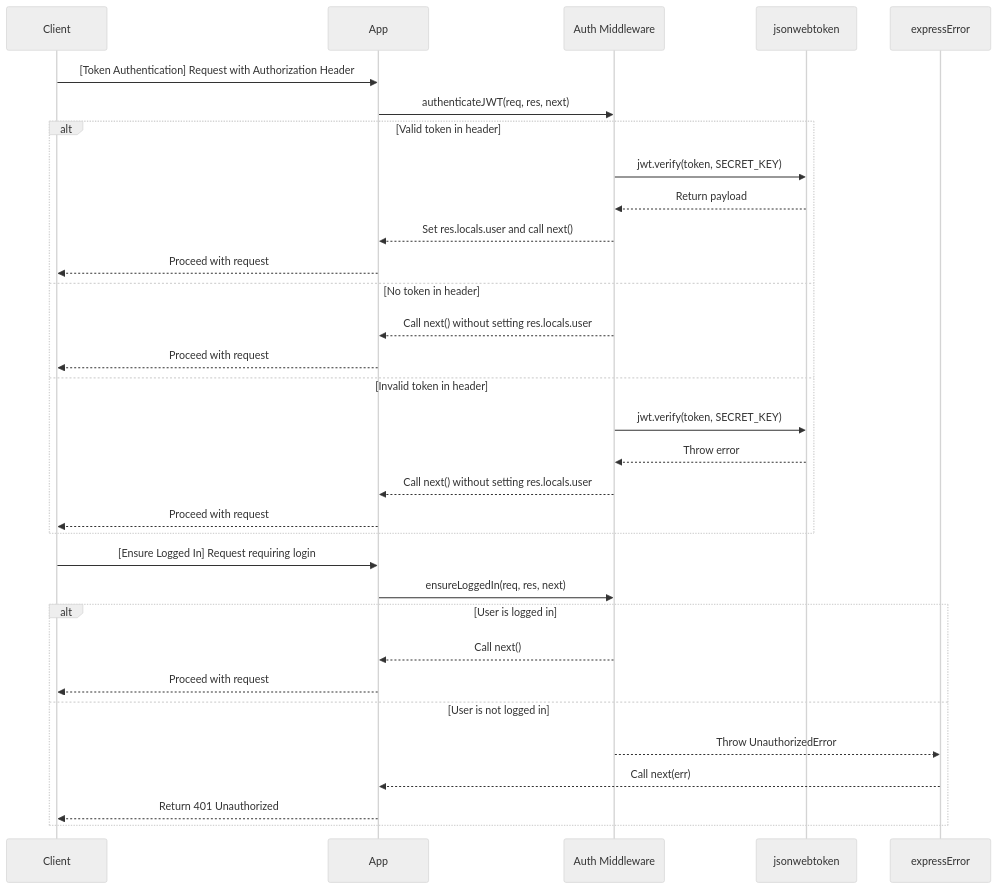
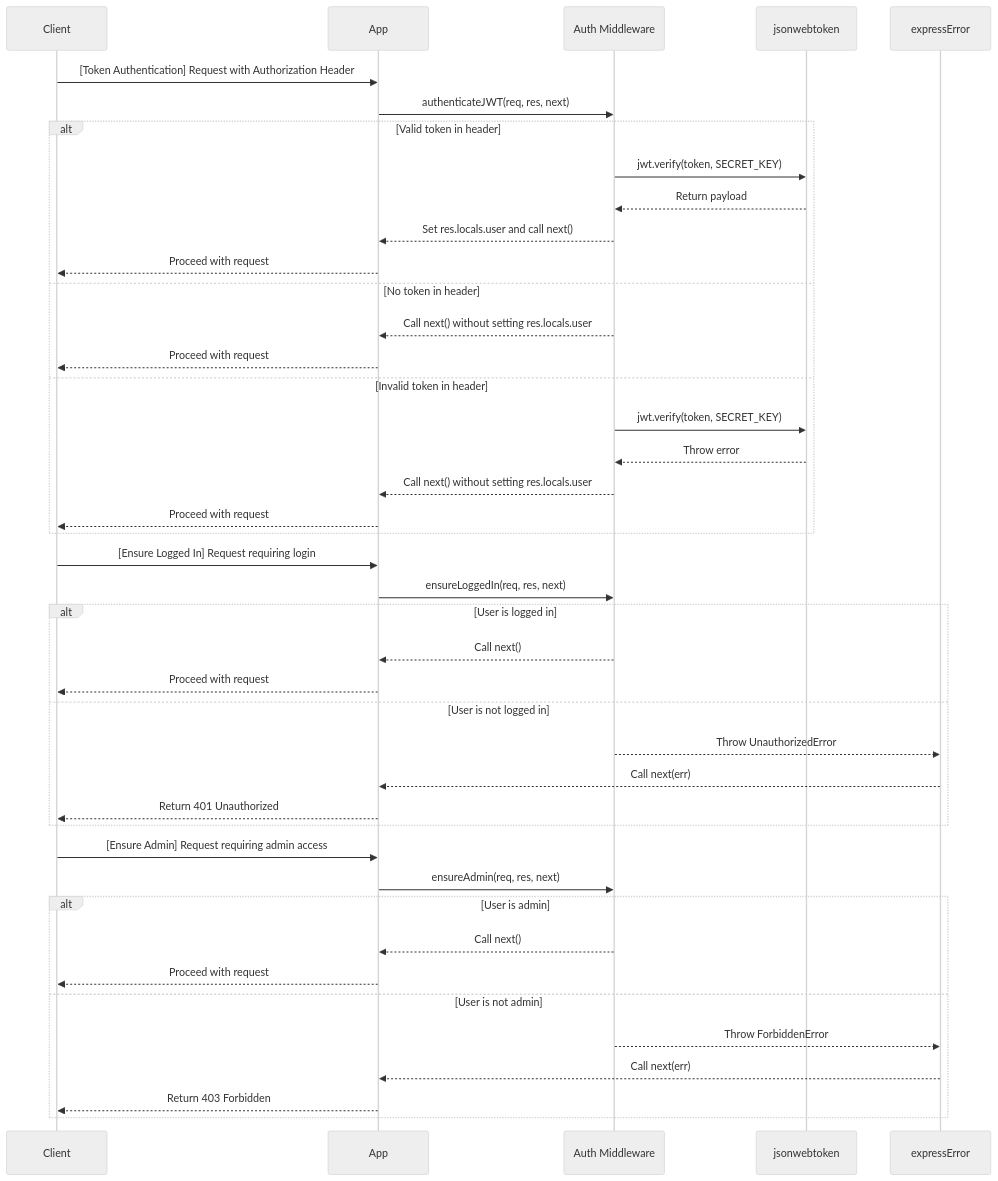
The second of 2 diagrams in middleware/README.MD (ahauser16/jobly-server), drawn with Mermaid (neutral theme) before and after one commit. The commit also changed other lines of this file and 7 other files, not shown here.

Commit message:
add ensureAdmin function to middleware functions and implement it in the appropriate routes.  next time start with creating the ensureCorrectUserOrAdmin function

````diff
--- a/middleware/README.MD
+++ b/middleware/README.MD
@@ -219,36 +282,47 @@
 ```mermaid
 sequenceDiagram
     participant Client
     participant App
     participant Auth as Auth Middleware
     participant JWT as jsonwebtoken
     participant Error as expressError
 
     Client->>App: [Token Authentication] Request with Authorization Header
     App->>Auth: authenticateJWT(req, res, next)
     alt Valid token in header
         Auth->>JWT: jwt.verify(token, SECRET_KEY)
         JWT-->>Auth: Return payload
         Auth-->>App: Set res.locals.user and call next()
         App-->>Client: Proceed with request
     else No token in header
         Auth-->>App: Call next() without setting res.locals.user
         App-->>Client: Proceed with request
     else Invalid token in header
         Auth->>JWT: jwt.verify(token, SECRET_KEY)
         JWT-->>Auth: Throw error
         Auth-->>App: Call next() without setting res.locals.user
         App-->>Client: Proceed with request
     end
 
     Client->>App: [Ensure Logged In] Request requiring login
     App->>Auth: ensureLoggedIn(req, res, next)
     alt User is logged in
         Auth-->>App: Call next()
         App-->>Client: Proceed with request
     else User is not logged in
         Auth-->>Error: Throw UnauthorizedError
         Error-->>App: Call next(err)
         App-->>Client: Return 401 Unauthorized
     end
+
+    Client->>App: [Ensure Admin] Request requiring admin access
+    App->>Auth: ensureAdmin(req, res, next)
+    alt User is admin
+        Auth-->>App: Call next()
+        App-->>Client: Proceed with request
+    else User is not admin
+        Auth-->>Error: Throw ForbiddenError
+        Error-->>App: Call next(err)
+        App-->>Client: Return 403 Forbidden
+    end
 ```
````
